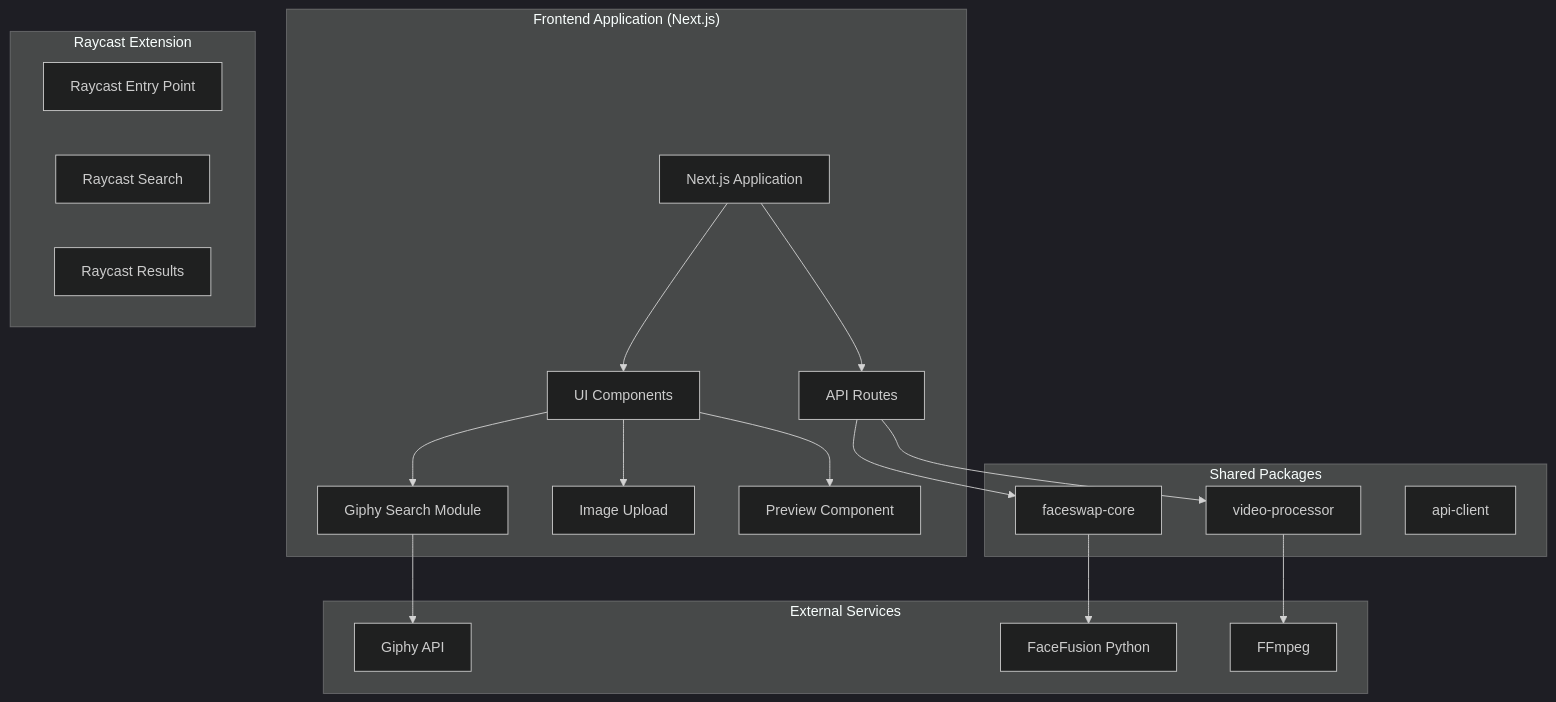
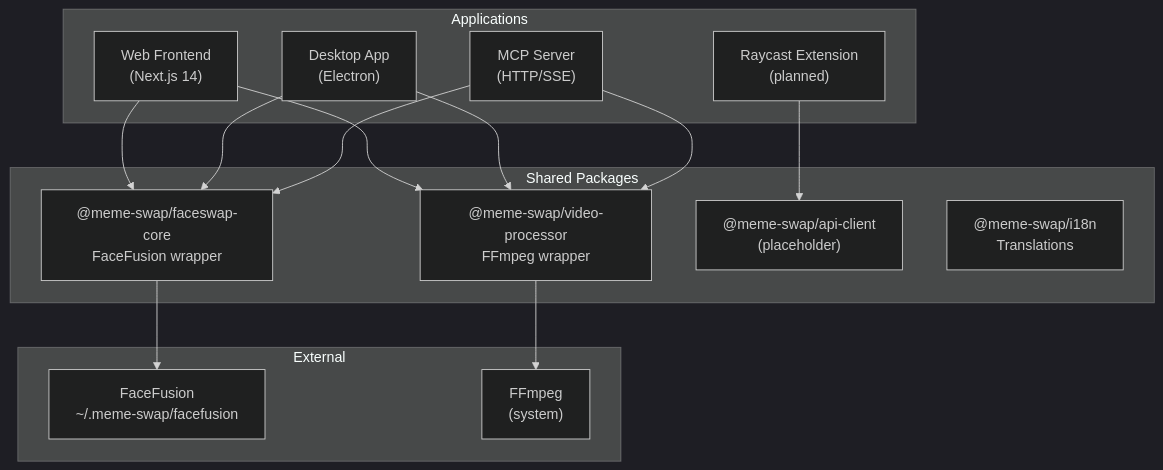
One commit to Tlahey/meme-swap changed the first of 2 diagrams in README.md. Above: the diagram before and after it, drawn with Mermaid (dark theme). The commit also changed other lines of this file and 55 other files, not shown here.

````diff
--- a/README.md
+++ b/README.md
@@ -39,43 +45,32 @@
 ```mermaid
 graph TB
-    subgraph "Frontend Application (Next.js)"
-        FE[Next.js Application]
-        UI[UI Components]
-        API[API Routes]
-        GiphySearch[Giphy Search Module]
-        ImageUpload[Image Upload]
-        Preview[Preview Component]
+    subgraph "Applications"
+        FE["Web Frontend\n(Next.js 14)"]
+        DE["Desktop App\n(Electron)"]
+        MCP["MCP Server\n(HTTP/SSE)"]
+        RE["Raycast Extension\n(planned)"]
     end
-    
-    subgraph "Raycast Extension"
-        RE[Raycast Entry Point]
-        RS[Raycast Search]
-        RR[Raycast Results]
+
+    subgraph "Shared Packages"
+        FC["@meme-swap/faceswap-core\nFaceFusion wrapper"]
+        VP["@meme-swap/video-processor\nFFmpeg wrapper"]
+        AC["@meme-swap/api-client\n(placeholder)"]
+        I18N["@meme-swap/i18n\nTranslations"]
     end
-    
-    subgraph "Shared Packages"
-        PKG_FACESWAP[faceswap-core]
-        PKG_VIDEO[video-processor]
-        PKG_API[api-client]
+
+    subgraph "External"
+        FF["FaceFusion\n~/.meme-swap/facefusion"]
+        FFMPEG["FFmpeg\n(system)"]
     end
-    
-    subgraph "External Services"
-        GIPHY[Giphy API]
-        FACEFUSION[FaceFusion Python]
-        FFmpeg[FFmpeg]
-    end
-    
-    FE --> UI
-    UI --> GiphySearch
-    UI --> ImageUpload
-    UI --> Preview
-    FE --> API
-    
-    API --> PKG_FACESWAP
-    API --> PKG_VIDEO
-    
-    PKG_FACESWAP --> FACEFUSION
-    PKG_VIDEO --> FFmpeg
-    
-    GiphySearch --> GIPHY
+
+    FE --> FC
+    FE --> VP
+    DE --> FC
+    DE --> VP
+    MCP --> FC
+    MCP --> VP
+    RE --> AC
+
+    FC --> FF
+    VP --> FFMPEG
 ```
````
